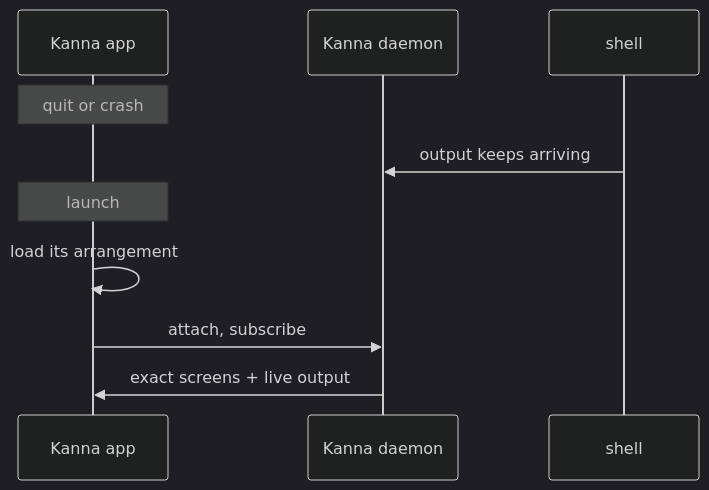
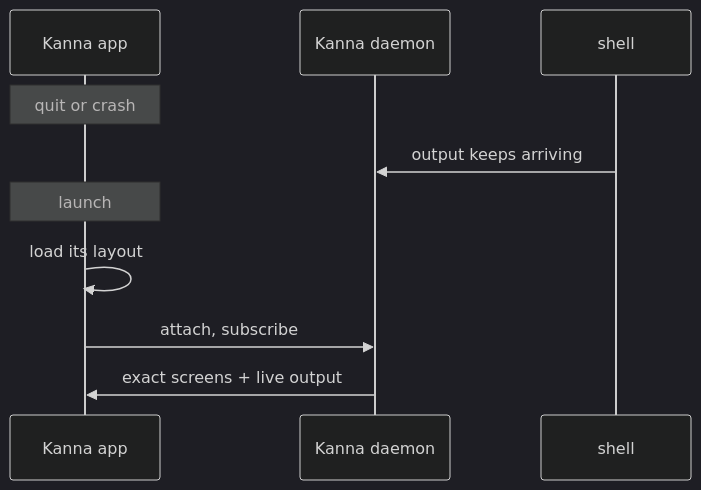
The seventh of 9 diagrams in docs/research/mux-architecture.md (jemdiggity/kanna-v4), drawn with Mermaid (dark theme) before and after one commit. The commit also changed other lines of this file, not shown here.

Commit message:
Mux architecture: only terminals live in the daemon; web, markdown and iOS are layout state

````diff
--- a/docs/research/mux-architecture.md
+++ b/docs/research/mux-architecture.md
@@ -304,12 +240,12 @@
 ```mermaid
 sequenceDiagram
     participant A as Kanna app
     participant D as Kanna daemon
     participant S as shell
     Note over A: quit or crash
     S->>D: output keeps arriving
     Note over A: launch
-    A->>A: load its arrangement
+    A->>A: load its layout
     A->>D: attach, subscribe
     D->>A: exact screens + live output
 ```
````
